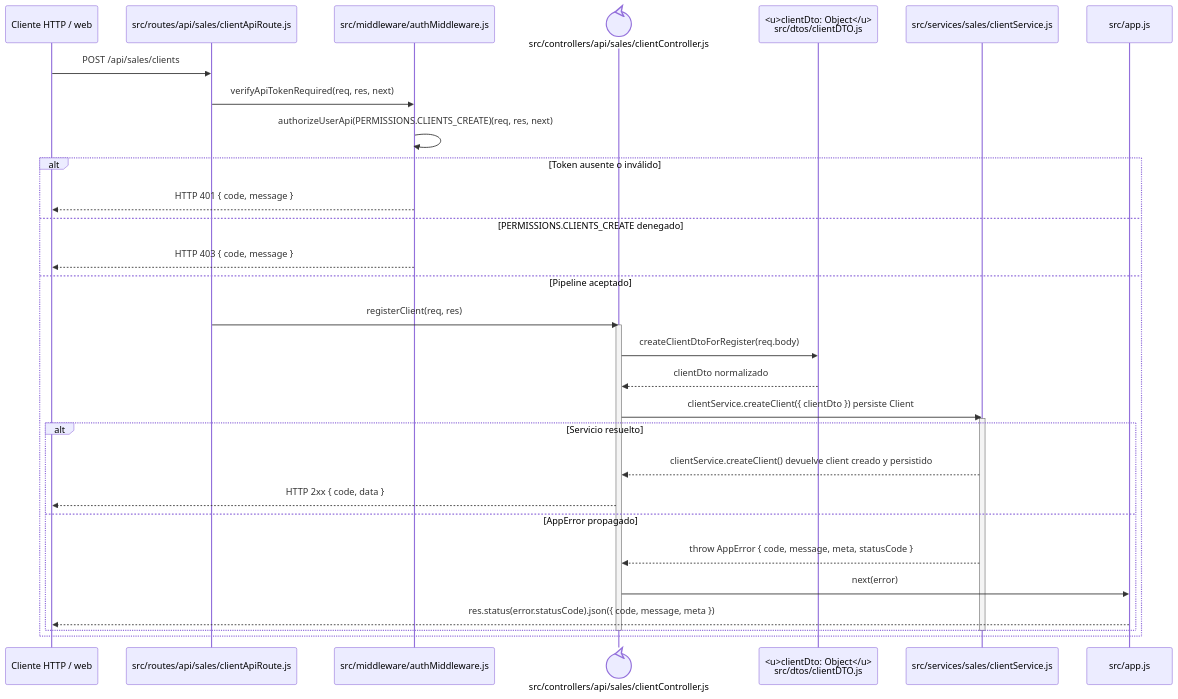
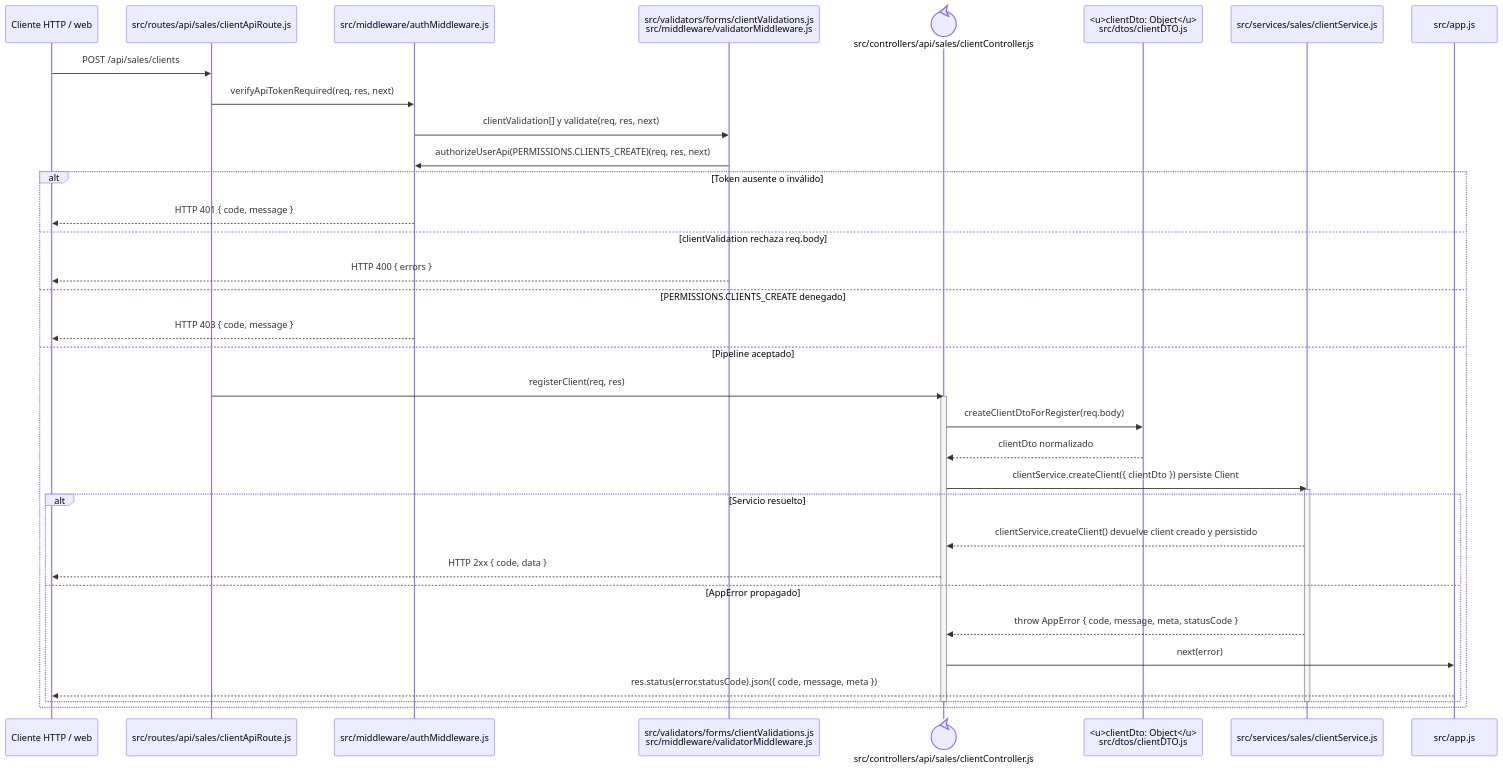
The diagram in docs/architecture/backend-code-sequences/catalogs/cu-cat-06.md (gpgsistemas01/nexus), drawn with Mermaid before and after one commit. The commit also changed 105 other files, not shown here.

````diff
--- a/docs/architecture/backend-code-sequences/catalogs/cu-cat-06.md
+++ b/docs/architecture/backend-code-sequences/catalogs/cu-cat-06.md
@@ -10,36 +10,40 @@
 ```mermaid
 sequenceDiagram
     participant Client as Cliente HTTP / web
     participant Route as src/routes/api/sales/clientApiRoute.js
     participant Auth as src/middleware/authMiddleware.js
+    participant Validator as src/validators/forms/clientValidations.js<br/>src/middleware/validatorMiddleware.js
     participant Controller@{ "type": "control" } as src/controllers/api/sales/clientController.js
     participant ClientDto as <u>clientDto: Object</u><br/>src/dtos/clientDTO.js
     participant Domain as src/services/sales/clientService.js
     participant ErrorHandler as src/app.js
 
     Client->>Route: POST /api/sales/clients
     Route->>Auth: verifyApiTokenRequired(req, res, next)
-    Auth->>Auth: authorizeUserApi(PERMISSIONS.CLIENTS_CREATE)(req, res, next)
+    Auth->>Validator: clientValidation[] y validate(req, res, next)
+    Validator->>Auth: authorizeUserApi(PERMISSIONS.CLIENTS_CREATE)(req, res, next)
     alt Token ausente o inválido
         Auth-->>Client: HTTP 401 { code, message }
+    else clientValidation rechaza req.body
+        Validator-->>Client: HTTP 400 { errors }
     else PERMISSIONS.CLIENTS_CREATE denegado
         Auth-->>Client: HTTP 403 { code, message }
     else Pipeline aceptado
         Route->>Controller: registerClient(req, res)
         activate Controller
         Controller->>ClientDto: createClientDtoForRegister(req.body)
         ClientDto-->>Controller: clientDto normalizado
         Controller->>Domain: clientService.createClient({ clientDto }) persiste Client
         activate Domain
         alt Servicio resuelto
             Domain-->>Controller: clientService.createClient() devuelve client creado y persistido
             Controller-->>Client: HTTP 2xx { code, data }
         else AppError propagado
             Domain-->>Controller: throw AppError { code, message, meta, statusCode }
             Controller->>ErrorHandler: next(error)
             ErrorHandler-->>Client: res.status(error.statusCode).json({ code, message, meta })
         end
         deactivate Domain
         deactivate Controller
     end
 ```
````
